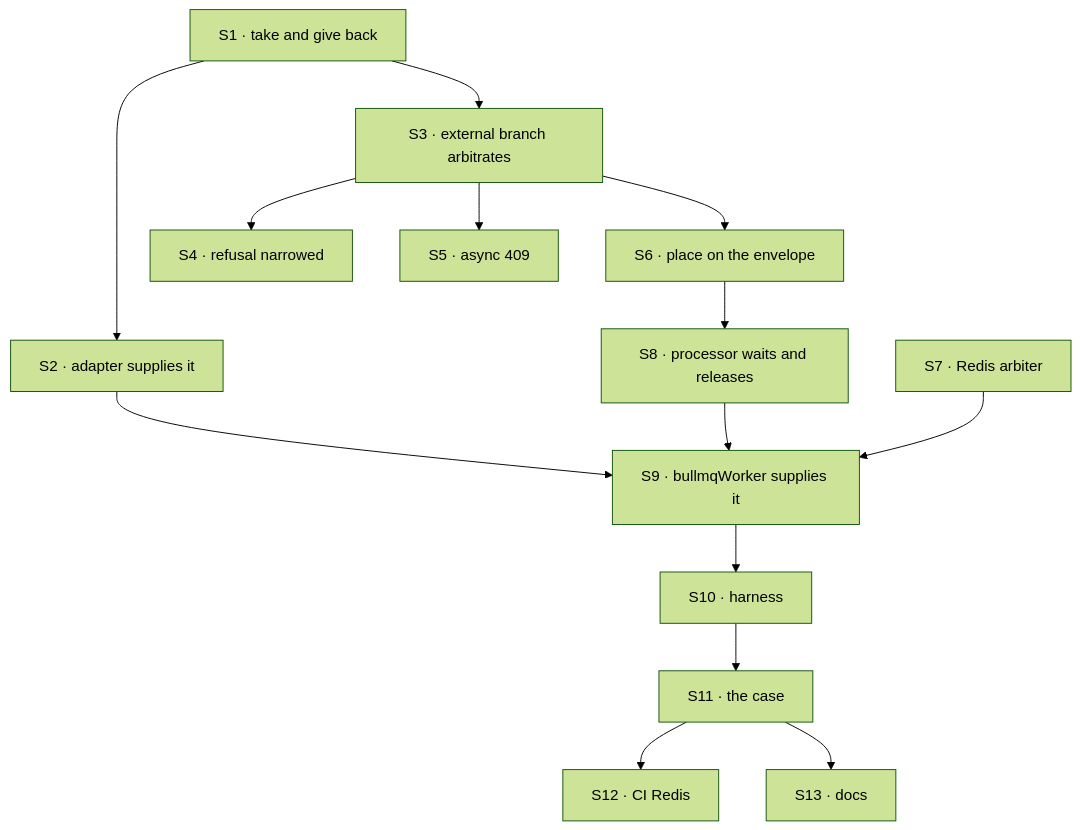
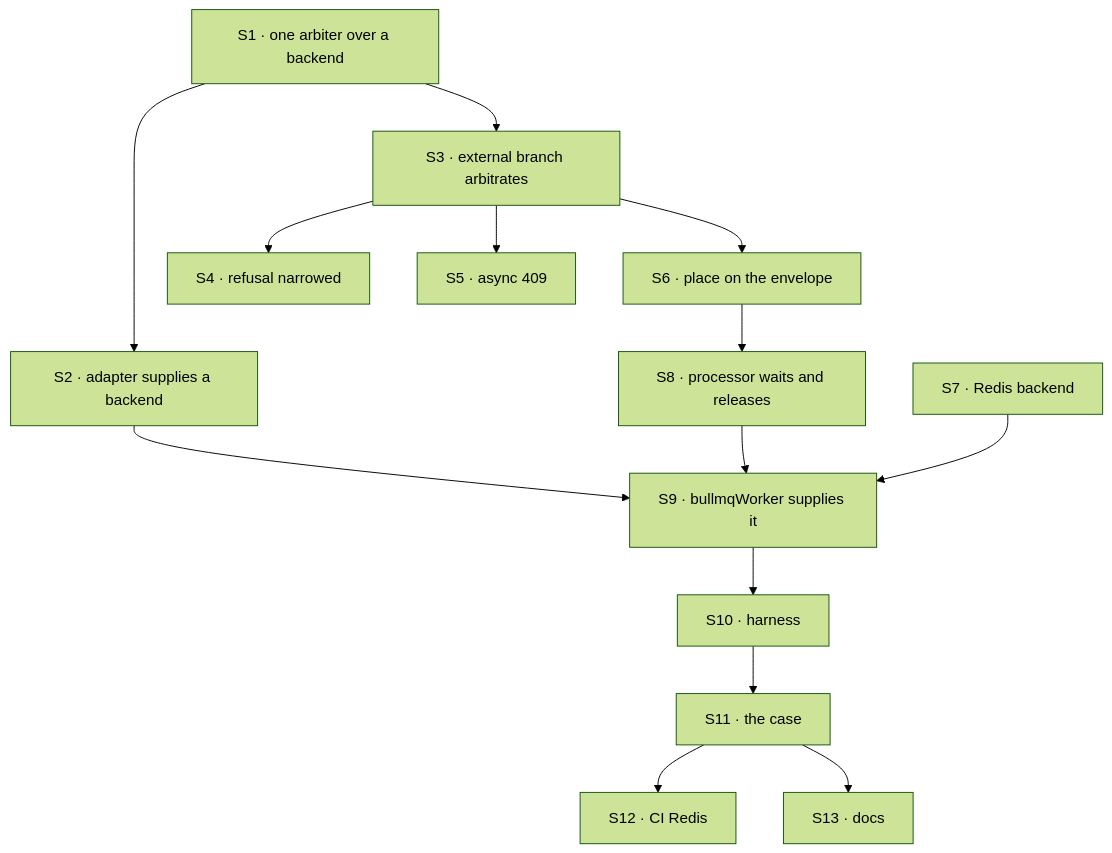
One commit to fixpoint-labs/flow-state-dev changed the diagram in specs/issues/FIX-1634/PLAN.md. Above: the diagram before and after it, drawn with Mermaid (forest theme). The commit also changed other lines of this file and 6 other files, not shown here.

````diff
--- a/specs/issues/FIX-1634/PLAN.md
+++ b/specs/issues/FIX-1634/PLAN.md
@@ -30,16 +30,16 @@
 ```mermaid
 flowchart TD
-  S1["S1 · take and give back"] --> S2["S2 · adapter supplies it"]
+  S1["S1 · one arbiter over a backend"] --> S2["S2 · adapter supplies a backend"]
   S1 --> S3["S3 · external branch arbitrates"]
   S3 --> S4["S4 · refusal narrowed"]
   S3 --> S5["S5 · async 409"]
   S3 --> S6["S6 · place on the envelope"]
   S2 --> S9["S9 · bullmqWorker supplies it"]
   S6 --> S8["S8 · processor waits and releases"]
-  S7["S7 · Redis arbiter"] --> S9
+  S7["S7 · Redis backend"] --> S9
   S8 --> S9
   S9 --> S10["S10 · harness"]
   S10 --> S11["S11 · the case"]
   S11 --> S12["S12 · CI Redis"]
   S11 --> S13["S13 · docs"]
 ```
````
